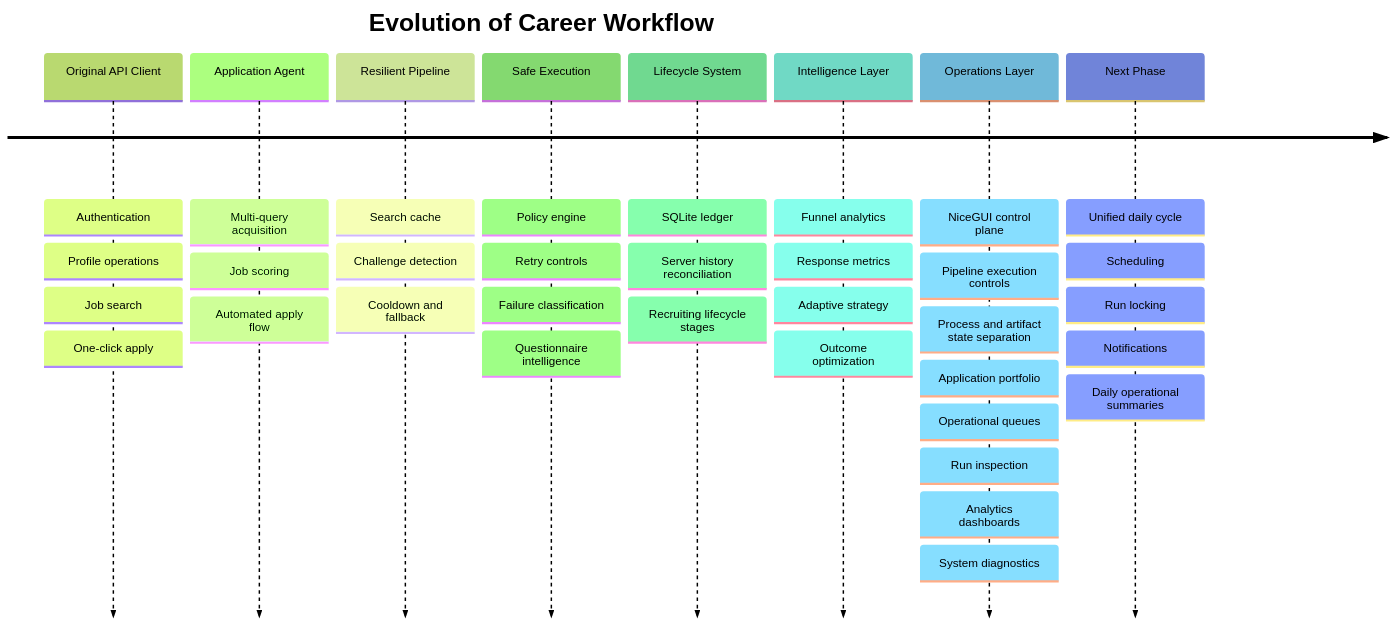
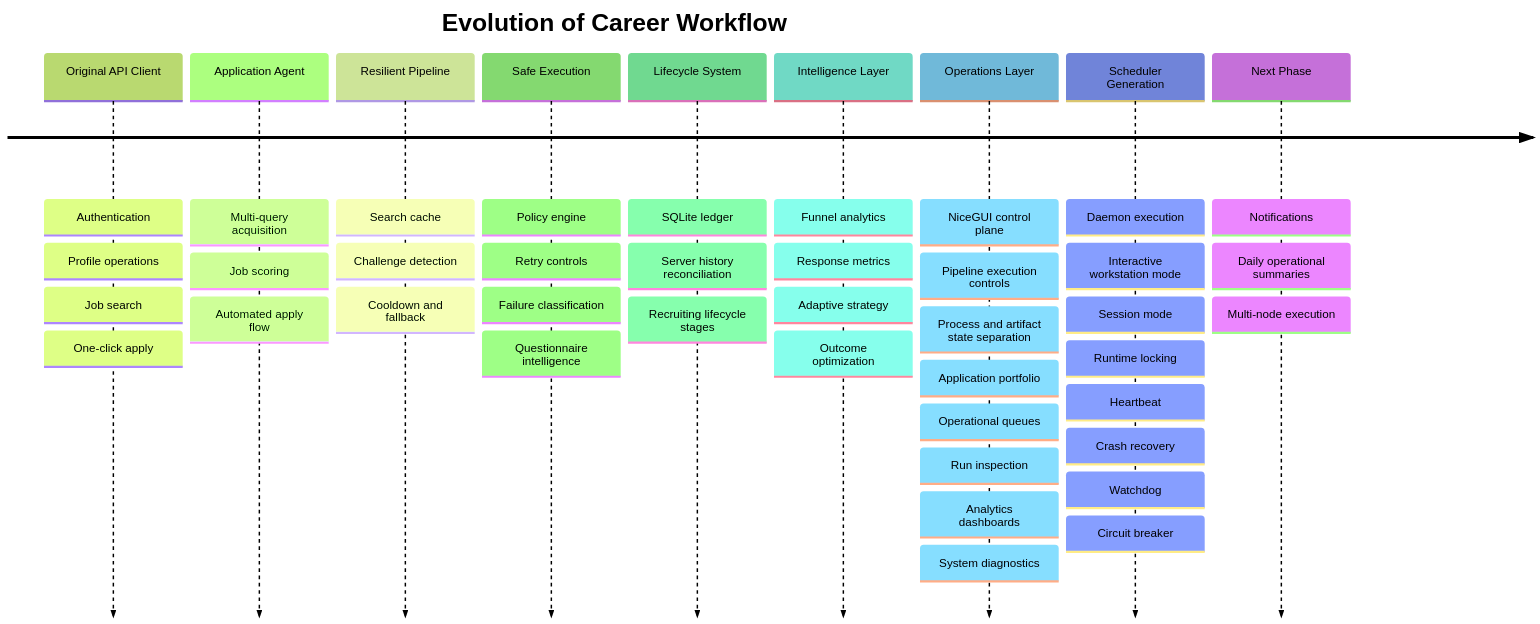
Diagram 11 of 11 in README.md (areddy1805/career-workflow), drawn with Mermaid (forest theme) before and after one commit. The commit also changed other lines of this file, not shown here.

Commit message:
docs: update README with documentation for daemon/interactive scheduler, runtime services, and observability metrics

````diff
--- a/README.md
+++ b/README.md
@@ -1442,38 +1590,46 @@
 ```mermaid
 timeline
     title Evolution of Career Workflow
     Original API Client : Authentication
                         : Profile operations
                         : Job search
                         : One-click apply
     Application Agent   : Multi-query acquisition
                         : Job scoring
                         : Automated apply flow
     Resilient Pipeline  : Search cache
                         : Challenge detection
                         : Cooldown and fallback
     Safe Execution      : Policy engine
                         : Retry controls
                         : Failure classification
                         : Questionnaire intelligence
     Lifecycle System    : SQLite ledger
                         : Server history reconciliation
                         : Recruiting lifecycle stages
     Intelligence Layer  : Funnel analytics
                         : Response metrics
                         : Adaptive strategy
                         : Outcome optimization
     Operations Layer    : NiceGUI control plane
                         : Pipeline execution controls
                         : Process and artifact state separation
                         : Application portfolio
                         : Operational queues
                         : Run inspection
                         : Analytics dashboards
                         : System diagnostics
-    Next Phase          : Unified daily cycle
-                        : Scheduling
-                        : Run locking
+    Scheduler Generation
+                        : Daemon execution
+                        : Interactive workstation mode
+                        : Session mode
+                        : Runtime locking
+                        : Heartbeat
+                        : Crash recovery
+                        : Watchdog
+                        : Circuit breaker
+    Next Phase
                         : Notifications
                         : Daily operational summaries
+                        : Multi-node execution
 ```
````
